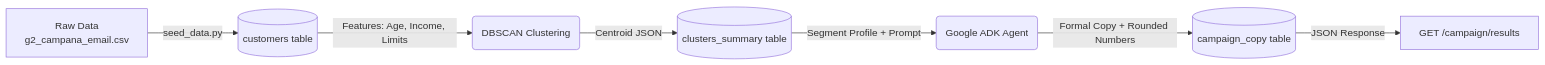
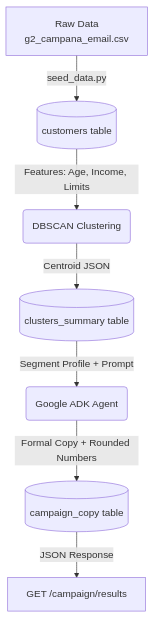
The second of 2 diagrams in architecture.md (ggoni/adk-mailing), drawn with Mermaid before and after one commit.

Commit message:
docs: set mermaid data flow to vertical

````diff
--- a/architecture.md
+++ b/architecture.md
@@ -104,9 +104,9 @@
 ```mermaid
-flowchart LR
+flowchart TD
     A[Raw Data<br>g2_campana_email.csv] -->|seed_data.py| B[(customers table)]
     B -->|Features: Age, Income, Limits| C(DBSCAN Clustering)
     C -->|Centroid JSON| D[(clusters_summary table)]
     D -->|Segment Profile + Prompt| E(Google ADK Agent)
     E -->|Formal Copy + Rounded Numbers| F[(campaign_copy table)]
     F -->|JSON Response| G[GET /campaign/results]
 ```
````
